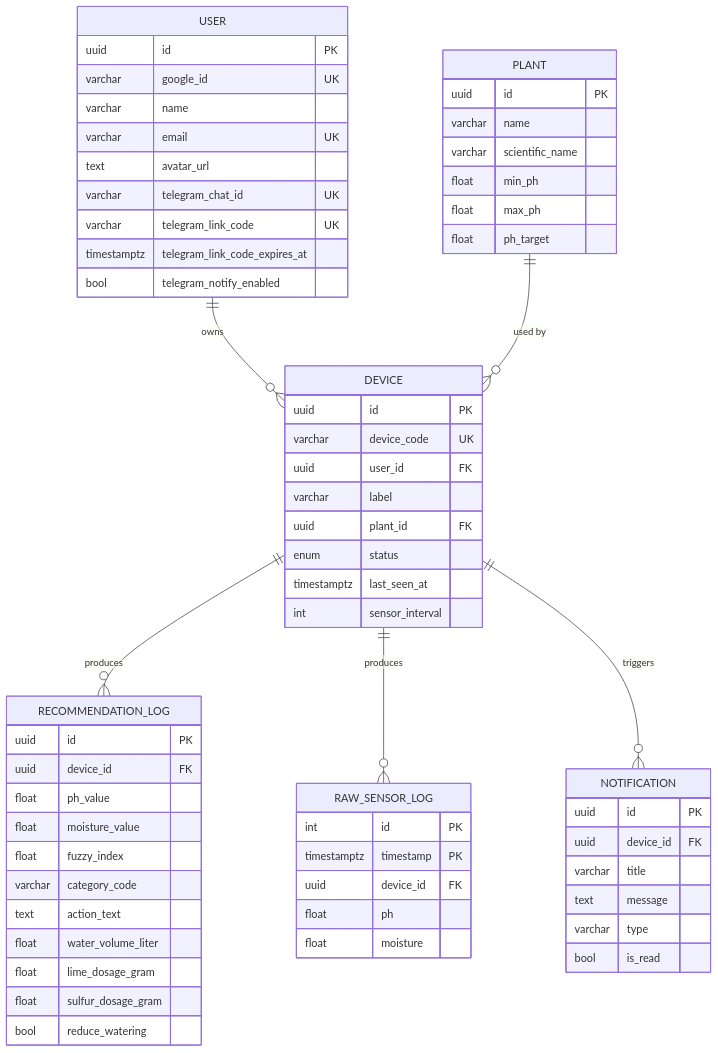
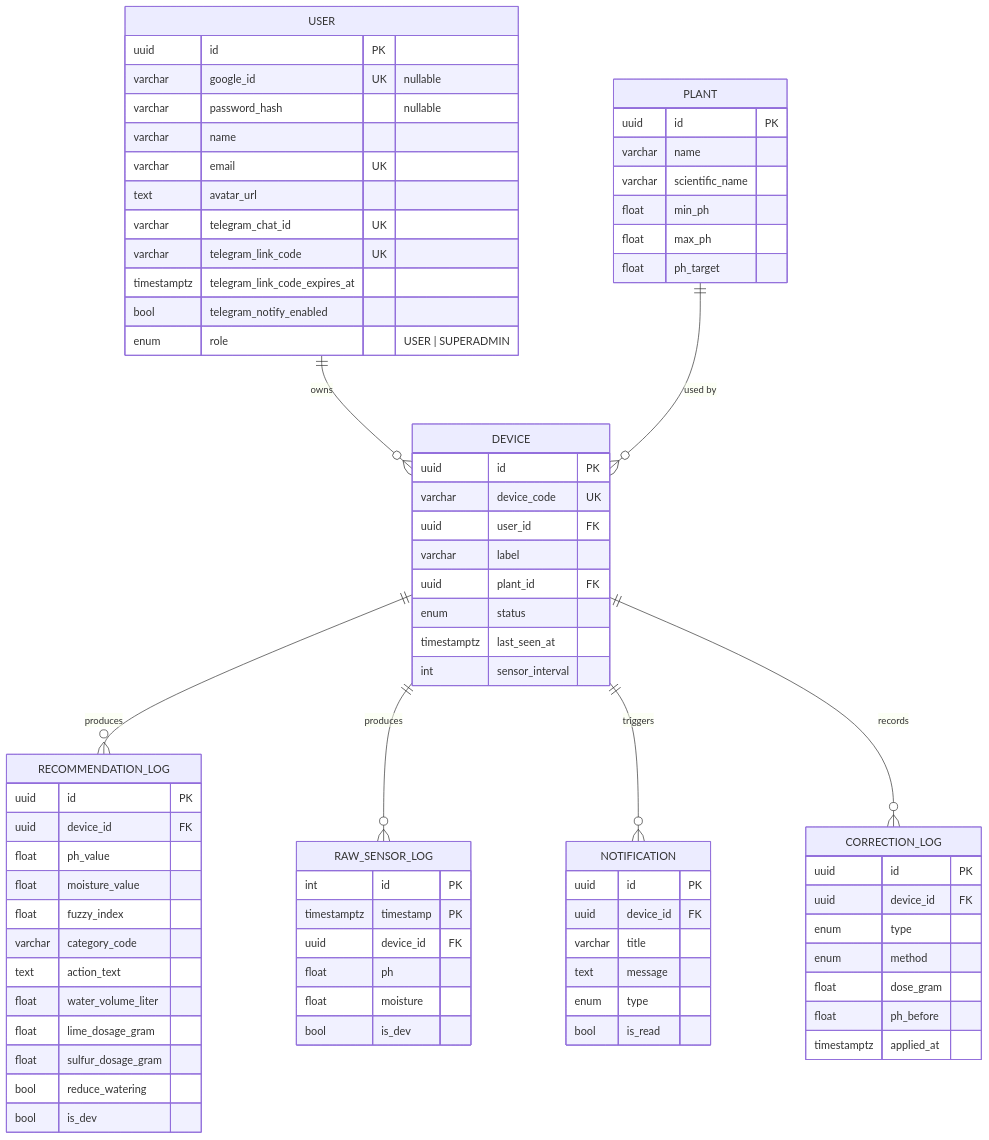
The diagram in docs/architecture/database-schema.md (Capstone2026-E04/Subur.in), drawn with Mermaid before and after one commit. The commit also changed other lines of this file and 20 other files, not shown here.

````diff
--- a/docs/architecture/database-schema.md
+++ b/docs/architecture/database-schema.md
@@ -18,66 +19,80 @@
 ```mermaid
 erDiagram
     USER ||--o{ DEVICE : owns
     PLANT ||--o{ DEVICE : "used by"
     DEVICE ||--o{ RECOMMENDATION_LOG : produces
     DEVICE ||--o{ RAW_SENSOR_LOG : produces
     DEVICE ||--o{ NOTIFICATION : triggers
+    DEVICE ||--o{ CORRECTION_LOG : records
 
     USER {
         uuid id PK
-        varchar google_id UK
+        varchar google_id UK "nullable"
+        varchar password_hash "nullable"
         varchar name
         varchar email UK
         text avatar_url
         varchar telegram_chat_id UK
         varchar telegram_link_code UK
         timestamptz telegram_link_code_expires_at
         bool telegram_notify_enabled
+        enum role "USER | SUPERADMIN"
     }
     DEVICE {
         uuid id PK
         varchar device_code UK
         uuid user_id FK
         varchar label
         uuid plant_id FK
         enum status
         timestamptz last_seen_at
         int sensor_interval
     }
     PLANT {
         uuid id PK
         varchar name
         varchar scientific_name
         float min_ph
         float max_ph
         float ph_target
     }
     RECOMMENDATION_LOG {
         uuid id PK
         uuid device_id FK
         float ph_value
         float moisture_value
         float fuzzy_index
         varchar category_code
         text action_text
         float water_volume_liter
         float lime_dosage_gram
         float sulfur_dosage_gram
         bool reduce_watering
+        bool is_dev
+    }
+    CORRECTION_LOG {
+        uuid id PK
+        uuid device_id FK
+        enum type
+        enum method
+        float dose_gram
+        float ph_before
+        timestamptz applied_at
     }
     RAW_SENSOR_LOG {
         int id PK
         timestamptz timestamp PK
         uuid device_id FK
         float ph
         float moisture
+        bool is_dev
     }
     NOTIFICATION {
         uuid id PK
         uuid device_id FK
         varchar title
         text message
-        varchar type
+        enum type
         bool is_read
     }
 ```
````
